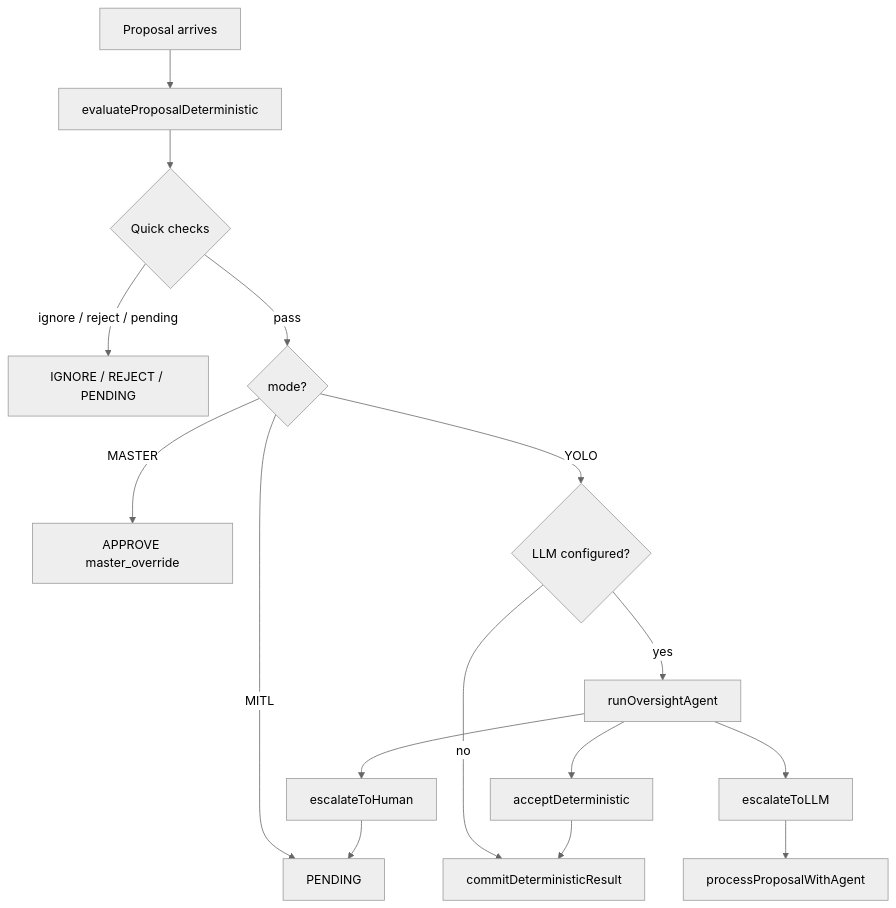
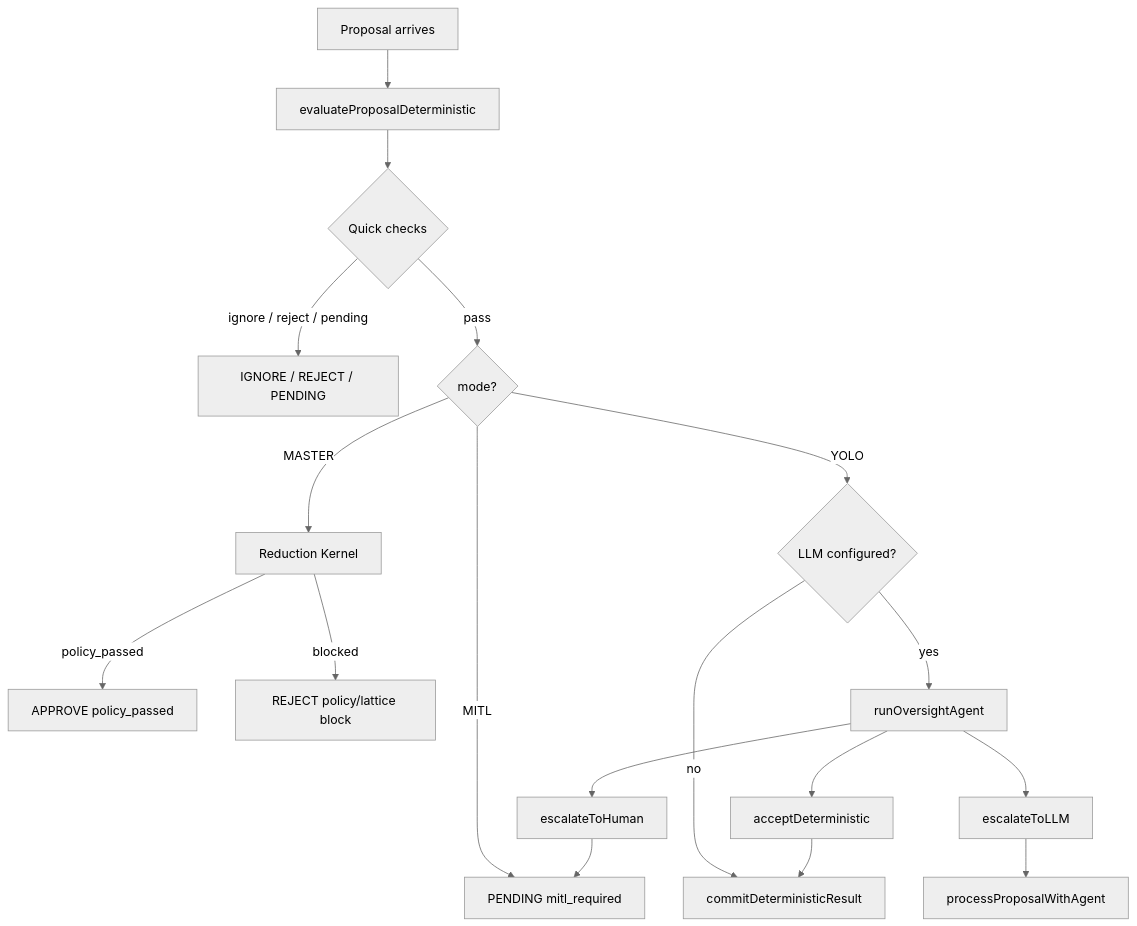
One commit to DealExMachina/open-governed-swarm-of-agents changed the third of 5 diagrams in docs/architecture.md. Above: the diagram before and after it, drawn with Mermaid (neutral theme). The commit also changed 23 other files, not shown here.

````diff
--- a/docs/architecture.md
+++ b/docs/architecture.md
@@ -403,18 +403,20 @@
 ```mermaid
 flowchart TD
   A[Proposal arrives] --> B[evaluateProposalDeterministic]
   B --> C{Quick checks}
   C -->|ignore / reject / pending| OUT[IGNORE / REJECT / PENDING]
   C -->|pass| D{mode?}
-  D -->|MASTER| APPROVE[APPROVE master_override]
-  D -->|MITL| PEND[PENDING]
+  D -->|MASTER| KERNEL[Reduction Kernel]
+  KERNEL -->|policy_passed| APPROVE[APPROVE policy_passed]
+  KERNEL -->|blocked| REJECT2[REJECT policy/lattice block]
+  D -->|MITL| PEND[PENDING mitl_required]
   D -->|YOLO| E{LLM configured?}
   E -->|no| COMMIT[commitDeterministicResult]
   E -->|yes| OV[runOversightAgent]
   OV --> O1[acceptDeterministic]
   OV --> O2[escalateToLLM]
   OV --> O3[escalateToHuman]
   O1 --> COMMIT
   O2 --> AGENT[processProposalWithAgent]
   O3 --> PEND
 ```
````
